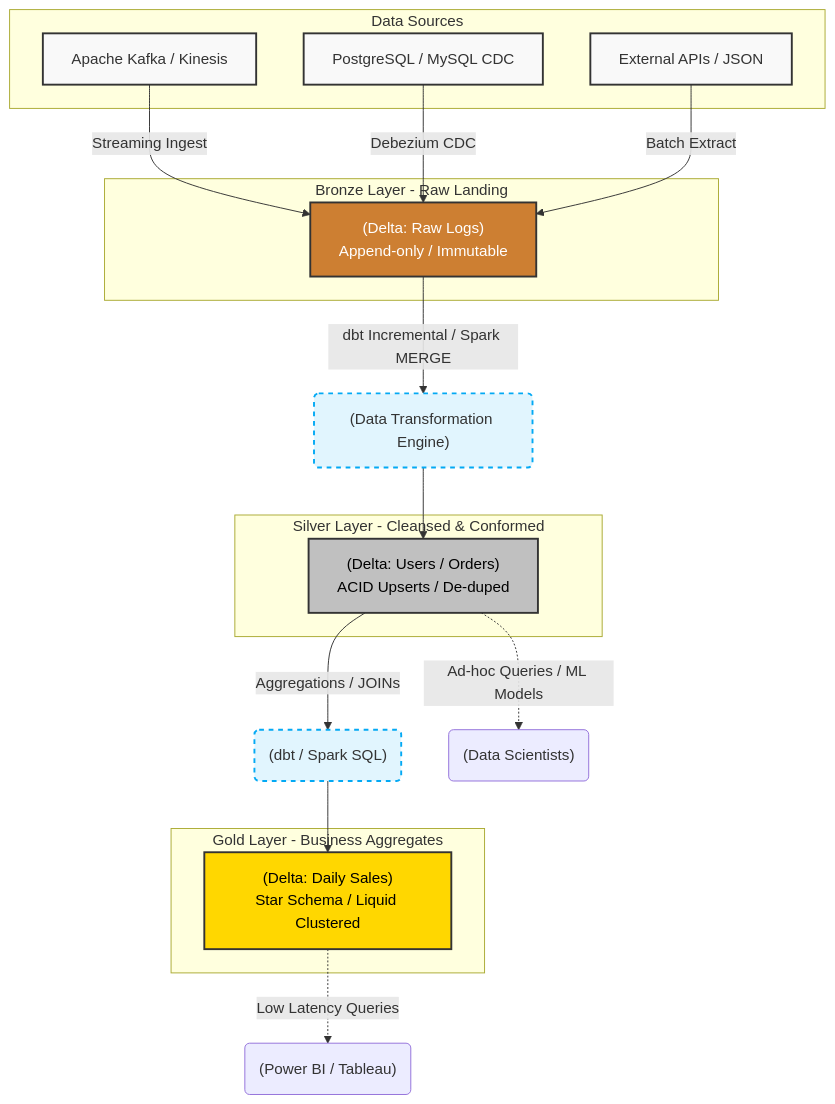
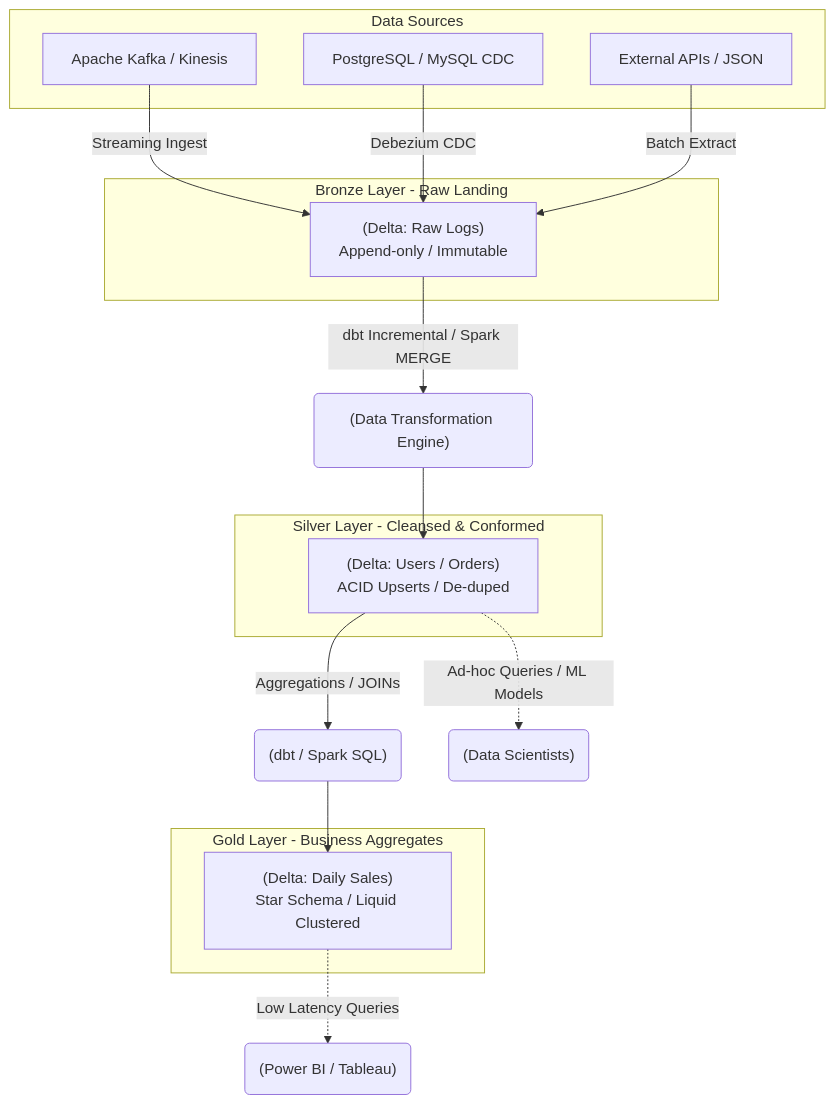
The diagram in src/content/docs/concepts/3-storage-engines-formats/medallion-architecture.md (kythuatdulieu/kythuatdulieu.github.io), drawn with Mermaid before and after one commit. The commit also changed 682 other files, not shown here.

````diff
--- a/src/content/docs/concepts/3-storage-engines-formats/medallion-architecture.md
+++ b/src/content/docs/concepts/3-storage-engines-formats/medallion-architecture.md
@@ -24,42 +24,39 @@
 ```mermaid
 graph TD
     %% Define Styles
-    classDef source fill:#f9f9f9,stroke:#333,stroke-width:2px;
-    classDef bronze fill:#cd7f32,stroke:#333,stroke-width:2px,color:#fff;
-    classDef silver fill:#c0c0c0,stroke:#333,stroke-width:2px,color:#000;
-    classDef gold fill:#ffd700,stroke:#333,stroke-width:2px,color:#000;
-    classDef compute fill:#e1f5fe,stroke:#03a9f4,stroke-width:2px,stroke-dasharray: 5 5;
+
+
 
     subgraph Sources["Data Sources"]
         Kafka["Apache Kafka / Kinesis"]:::source
         OLTP["PostgreSQL / MySQL CDC"]:::source
         API["External APIs / JSON"]:::source
     end
 
     subgraph Bronze_Layer["Bronze Layer - Raw Landing"]
         BronzeTable["(Delta: Raw Logs)<br/>Append-only / Immutable"]:::bronze
     end
 
     subgraph Silver_Layer["Silver Layer - Cleansed & Conformed"]
         SilverTable["(Delta: Users / Orders)<br/>ACID Upserts / De-duped"]:::silver
     end
 
     subgraph Gold_Layer["Gold Layer - Business Aggregates"]
         GoldTable["(Delta: Daily Sales)<br/>Star Schema / Liquid Clustered"]:::gold
     end
 
     %% Flow
     Kafka -->|"Streaming Ingest"| BronzeTable
     OLTP -- "Debezium CDC" --> BronzeTable
     API -- "Batch Extract" --> BronzeTable
 
     BronzeTable -- "dbt Incremental / Spark MERGE" --> SilverCompute("(Data Transformation Engine)"):::compute
     SilverCompute --> SilverTable
 
     SilverTable -- "Aggregations / JOINs" --> GoldCompute("(dbt / Spark SQL)"):::compute
     GoldCompute --> GoldTable
 
     %% End Users
     SilverTable -.->|"Ad-hoc Queries / ML Models"| DataScientist("(Data Scientists)")
     GoldTable -. "Low Latency Queries" .-> BI("(Power BI / Tableau)")
 ```
````
